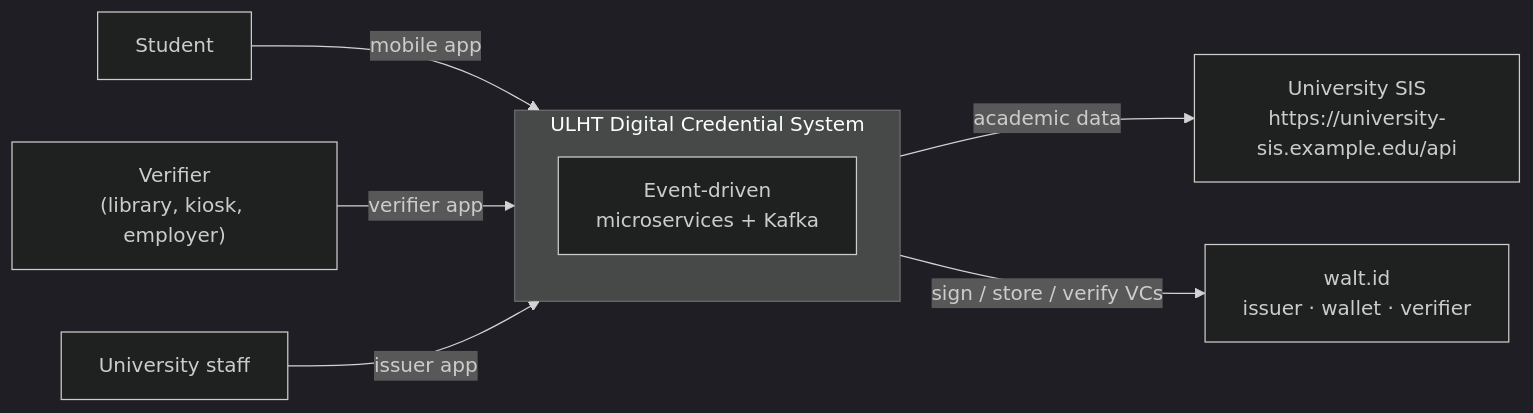
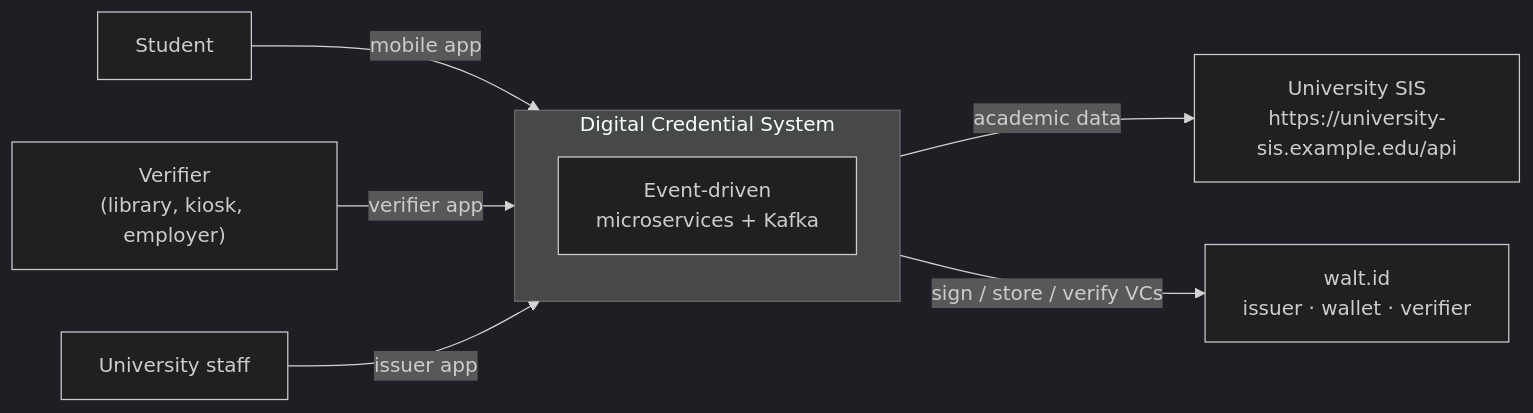
One commit to marcelogdomingues/ulht-dcs-public changed the first of 16 diagrams in docs/ARCHITECTURE.md. Above: the diagram before and after it, drawn with Mermaid (dark theme). The commit also changed other lines of this file and 600 other files, not shown here.

````diff
--- a/docs/ARCHITECTURE.md
+++ b/docs/ARCHITECTURE.md
@@ -33,13 +33,13 @@
 ```mermaid
 graph LR
     student["Student"] -->|mobile app| dcs
     verifier["Verifier<br/>(library, kiosk, employer)"] -->|verifier app| dcs
     admin["University staff"] -->|issuer app| dcs
 
-    subgraph dcs["ULHT Digital Credential System"]
+    subgraph dcs["Digital Credential System"]
         core["Event-driven<br/>microservices + Kafka"]
     end
 
     dcs -->|academic data| sis["University SIS<br/>https://university-sis.example.edu/api"]
     dcs -->|sign / store / verify VCs| waltid["walt.id<br/>issuer · wallet · verifier"]
 ```
````
